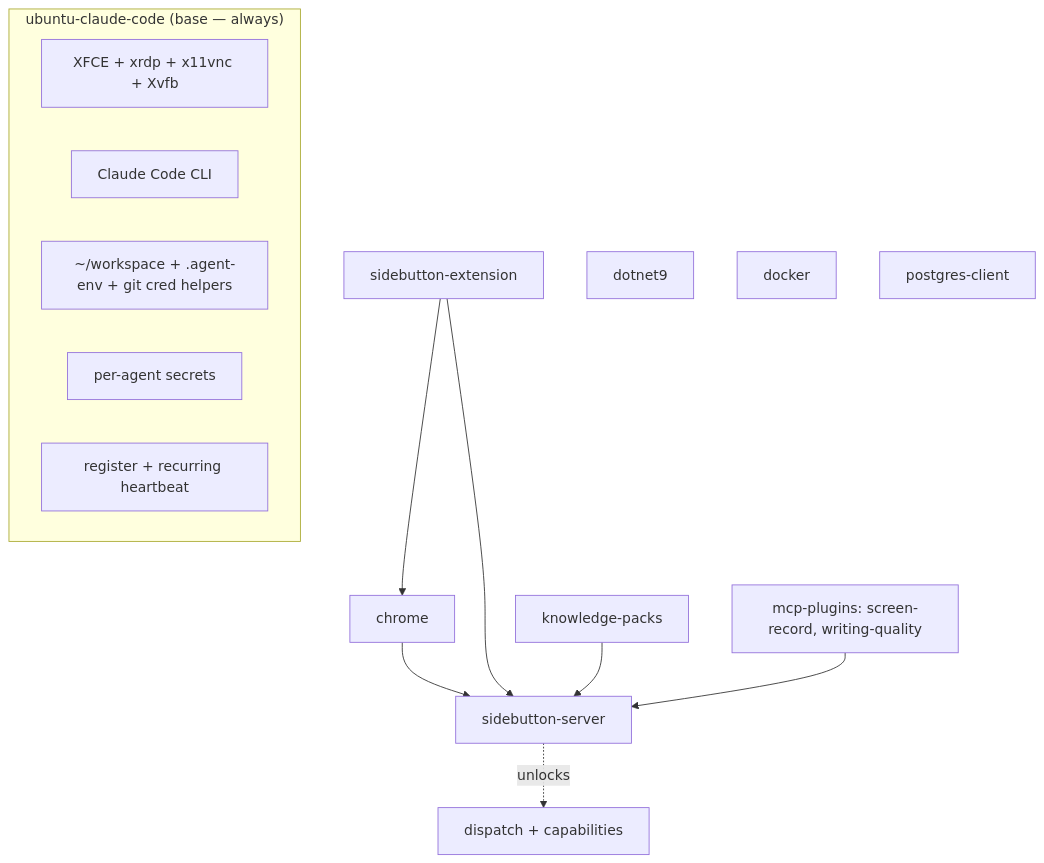
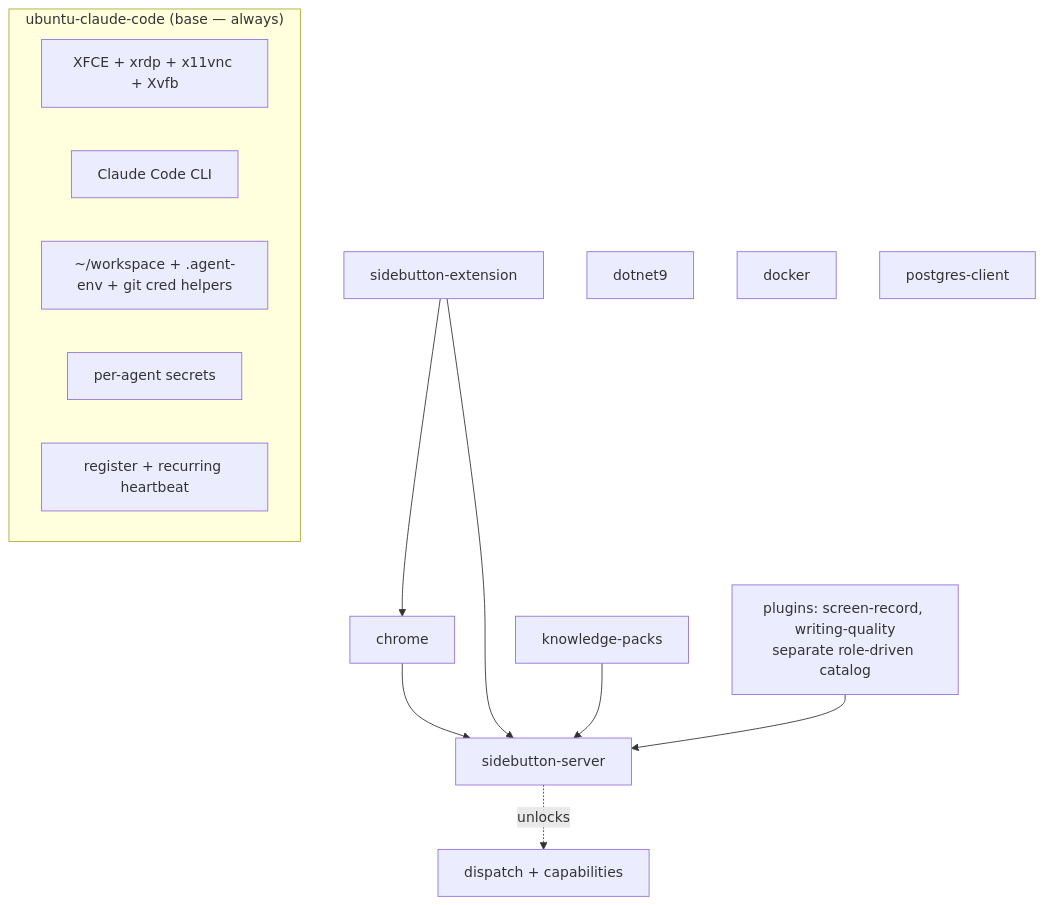
The diagram in docs/COMPONENTS.md (sidebutton/agent-runners), drawn with Mermaid before and after one commit. The commit also changed other lines of this file and 9 other files, not shown here.

First line of the commit message:
feat: split MCP plugins out of components (role-driven catalog) (#31)

````diff
--- a/docs/COMPONENTS.md
+++ b/docs/COMPONENTS.md
@@ -28,19 +28,19 @@
 ```mermaid
 graph TD
   subgraph Base["ubuntu-claude-code (base — always)"]
     D[XFCE + xrdp + x11vnc + Xvfb]
     C[Claude Code CLI]
     W[~/workspace + .agent-env + git cred helpers]
     S[per-agent secrets]
     H[register + recurring heartbeat]
   end
   chrome --> server
   ext[sidebutton-extension] --> chrome
   ext --> server[sidebutton-server]
   packs[knowledge-packs] --> server
-  plug[mcp-plugins: screen-record, writing-quality] --> server
+  plug[plugins: screen-record, writing-quality<br/>separate role-driven catalog] --> server
   dotnet9
   docker
   postgres-client
   server -. unlocks .-> CAP[dispatch + capabilities]
 ```
````
